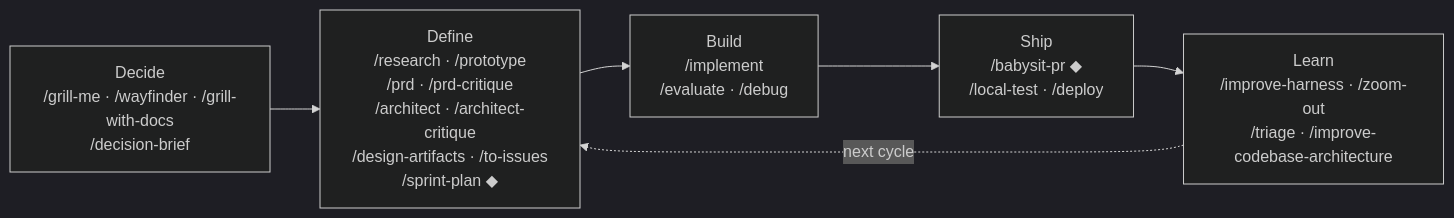
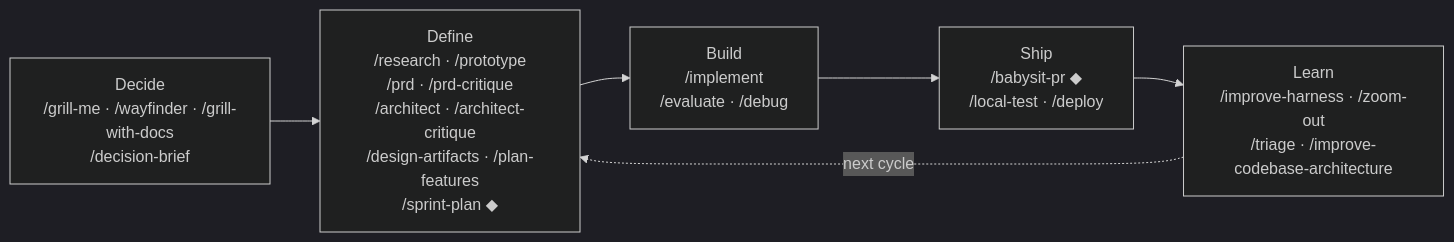
One commit to anudeeps28/claude-code-harness changed the second of 4 diagrams in README.md. Above: the diagram before and after it, drawn with Mermaid (dark theme). The commit also changed other lines of this file and 23 other files, not shown here.

First line of the commit message:
feat(plan-features): the skill, its references, the installer and every reference

````diff
--- a/README.md
+++ b/README.md
@@ -136,11 +136,11 @@
 ```mermaid
 flowchart LR
     P0["Decide<br/>/grill-me · /wayfinder · /grill-with-docs<br/>/decision-brief"]
-    P1["Define<br/>/research · /prototype<br/>/prd · /prd-critique<br/>/architect · /architect-critique<br/>/design-artifacts · /to-issues<br/>/sprint-plan ◆"]
+    P1["Define<br/>/research · /prototype<br/>/prd · /prd-critique<br/>/architect · /architect-critique<br/>/design-artifacts · /plan-features<br/>/sprint-plan ◆"]
     P2["Build<br/>/implement<br/>/evaluate · /debug"]
     P3["Ship<br/>/babysit-pr ◆<br/>/local-test · /deploy"]
     P4["Learn<br/>/improve-harness · /zoom-out<br/>/triage · /improve-codebase-architecture"]
 
     P0 --> P1 --> P2 --> P3 --> P4
     P4 -.->|"next cycle"| P1
 ```
````
